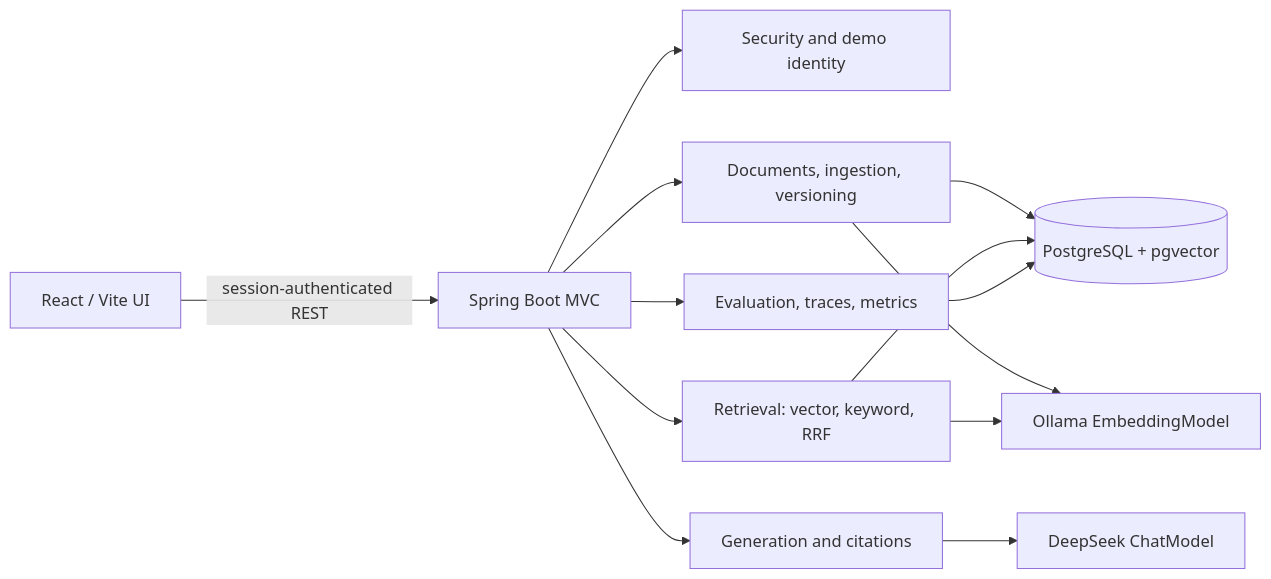
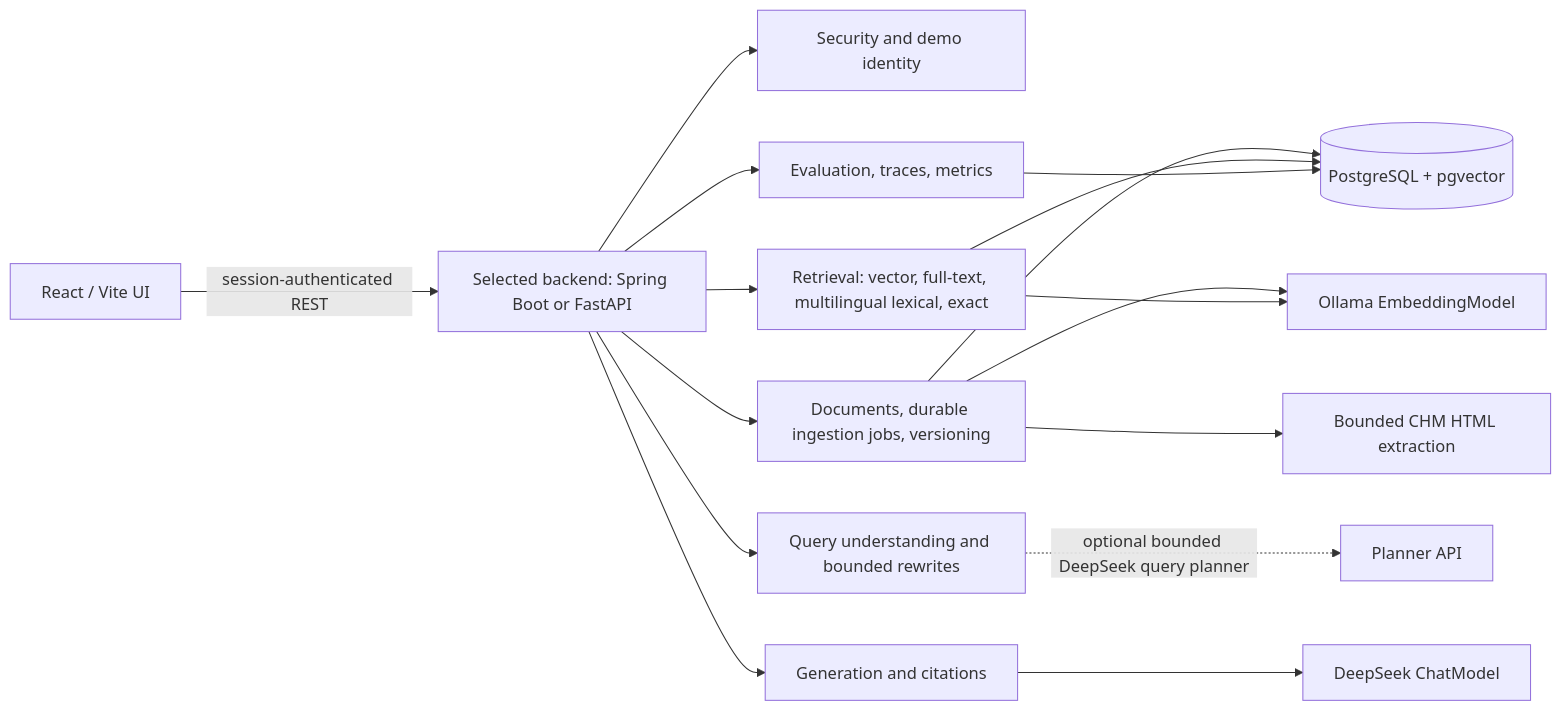
Before and after one commit to chen3862000-coder/enterprise-rag-assistant: the diagram in docs/architecture.md, drawn with Mermaid. The commit also changed other lines of this file and 98 other files, not shown here.

Commit message:
Align Java backend with multilingual Python RAG

````diff
--- a/docs/architecture.md
+++ b/docs/architecture.md
@@ -21,15 +21,18 @@
 ```mermaid
 flowchart LR
-    UI[React / Vite UI] -->|session-authenticated REST| API[Spring Boot MVC]
+    UI[React / Vite UI] -->|session-authenticated REST| API[Selected backend: Spring Boot or FastAPI]
     API --> SEC[Security and demo identity]
-    API --> DOC[Documents, ingestion, versioning]
-    API --> RET[Retrieval: vector, keyword, RRF]
+    API --> DOC[Documents, durable ingestion jobs, versioning]
+    API --> PLAN[Query understanding and bounded rewrites]
+    API --> RET[Retrieval: vector, full-text, multilingual lexical, exact]
     API --> GEN[Generation and citations]
     API --> EVAL[Evaluation, traces, metrics]
     DOC --> DB[(PostgreSQL + pgvector)]
     RET --> DB
     EVAL --> DB
     DOC --> EMB[Ollama EmbeddingModel]
     RET --> EMB
+    DOC --> CHM[Bounded CHM HTML extraction]
+    PLAN -. optional bounded DeepSeek query planner .-> QP[Planner API]
     GEN --> CHAT[DeepSeek ChatModel]
 ```
````
